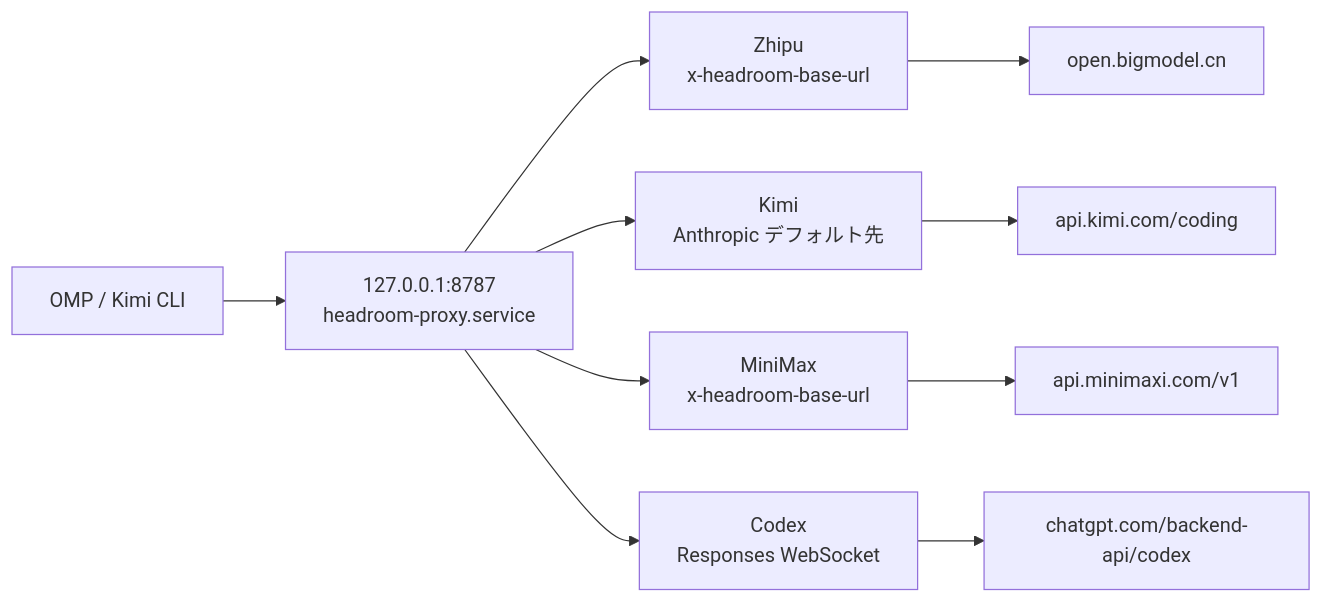
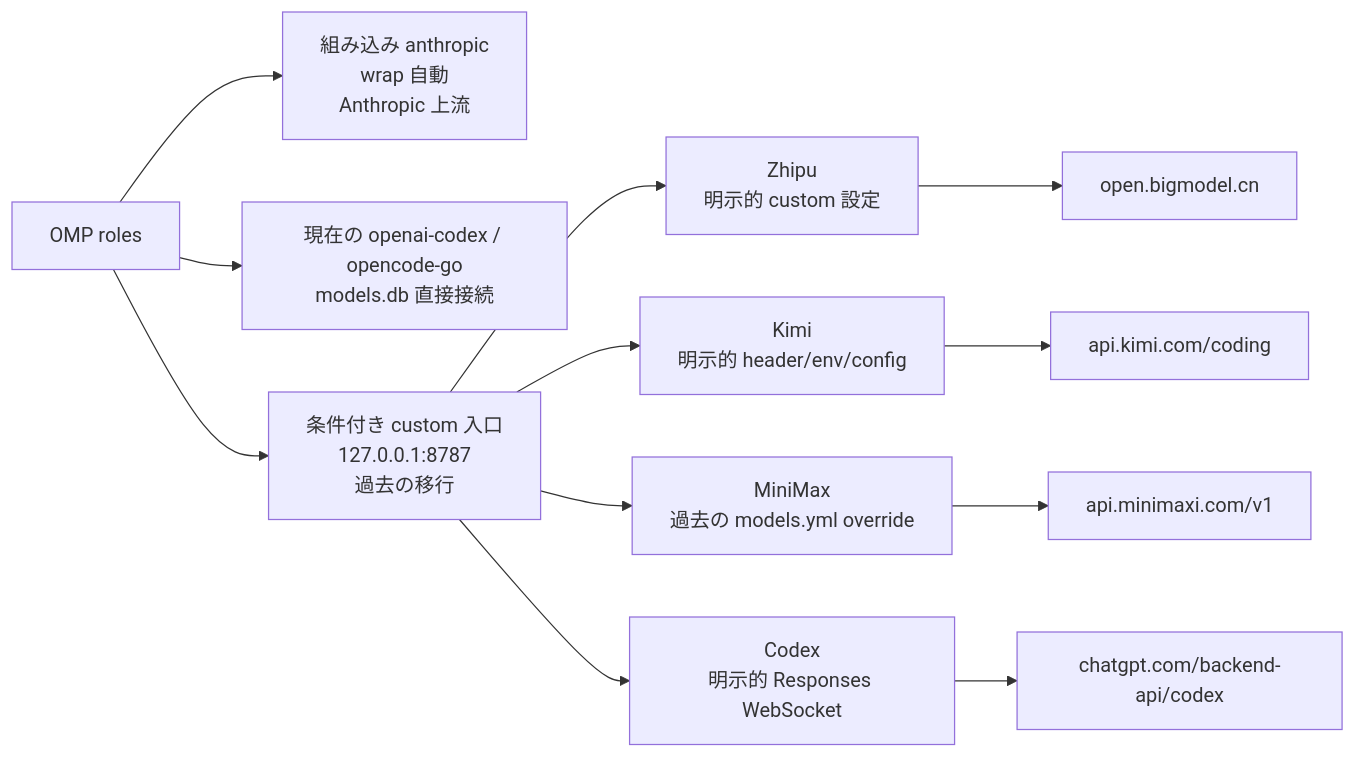
The second of 6 diagrams in src/content/note/ja/omp-config-and-rules-guide.md (DavidHLP/DavidHLP.github.io), drawn with Mermaid before and after one commit. The commit also changed other lines of this file and 8 other files, not shown here.

First line of the commit message:
docs(note): reframe headroom/omp guides around official wrap-only path

````diff
--- a/src/content/note/ja/omp-config-and-rules-guide.md
+++ b/src/content/note/ja/omp-config-and-rules-guide.md
@@ -256,12 +273,14 @@
 ```mermaid
 flowchart LR
-  A["OMP / Kimi CLI"] --> H["127.0.0.1:8787<br/>headroom-proxy.service"]
-  H --> Z["Zhipu<br/>x-headroom-base-url"]
-  H --> K["Kimi<br/>Anthropic デフォルト先"]
-  H --> M["MiniMax<br/>x-headroom-base-url"]
-  H --> C["Codex<br/>Responses WebSocket"]
+  A["OMP roles"] --> AN["組み込み anthropic<br/>wrap 自動<br/>Anthropic 上流"]
+  A --> D["現在の openai-codex / opencode-go<br/>models.db 直接接続"]
+  A --> H["条件付き custom 入口<br/>127.0.0.1:8787<br/>過去の移行"]
+  H --> Z["Zhipu<br/>明示的 custom 設定"]
+  H --> K["Kimi<br/>明示的 header/env/config"]
+  H --> M["MiniMax<br/>過去の models.yml override"]
+  H --> C["Codex<br/>明示的 Responses WebSocket"]
   Z --> ZU["open.bigmodel.cn"]
   K --> KU["api.kimi.com/coding"]
   M --> MU["api.minimaxi.com/v1"]
   C --> CU["chatgpt.com/backend-api/codex"]
 ```
````
